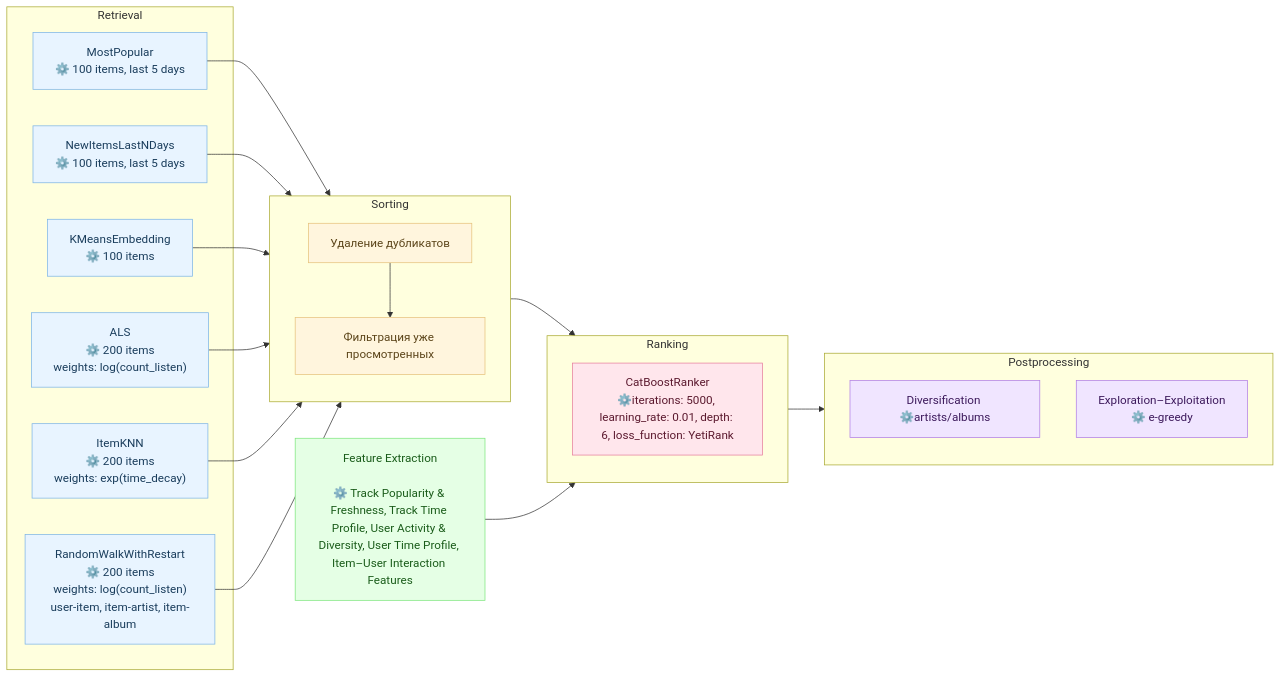
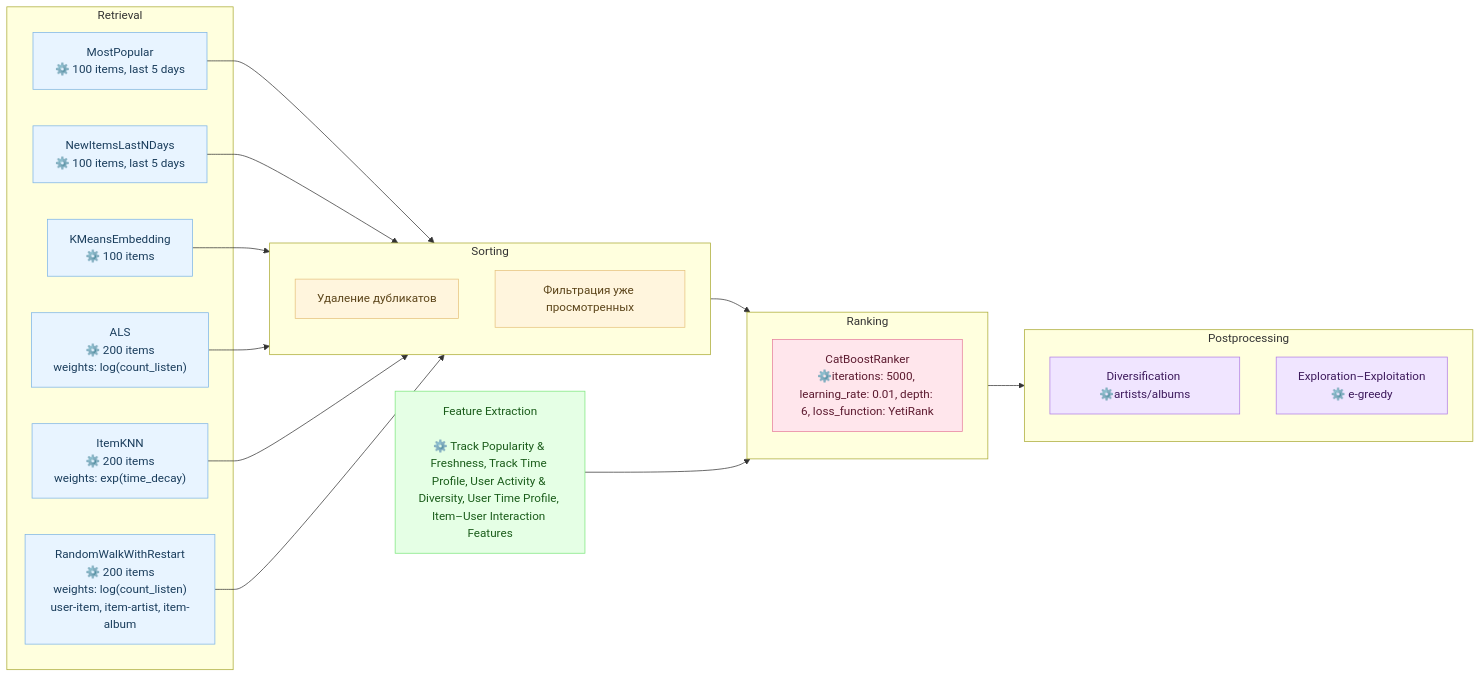
The second of 2 diagrams in README.md (Nastasy822/music-recommendation-experiments), drawn with Mermaid before and after one commit.

Commit message:
docs(readme): update diagram

````diff
--- a/README.md
+++ b/README.md
@@ -180,59 +180,59 @@
 ```mermaid
 flowchart LR
     %% === Retrieval Models ===
     subgraph RETRIEVAL ["Retrieval"]
         PopAll["MostPopular<br/>⚙️ 100 items, last 5 days"]
         PopUser["NewItemsLastNDays<br/>⚙️ 100 items, last 5 days"]
         SIM["KMeansEmbedding<br/>⚙️ 100 items"]
         ITEMKNN["ItemKNN<br/>⚙️ 200 items<br/>weights: exp(time_decay)"]
         GRAPH["RandomWalkWithRestart<br/>⚙️ 200 items<br/>weights: log(count_listen)<br/>user-item, item-artist, item-album"]
         ALS["ALS<br/>⚙️ 200 items<br/>weights: log(count_listen)"]
     end
 
     %% === Sorting Stage ===
     subgraph SORTING ["Sorting"]
         direction TB
         DUBLICATE["Удаление дубликатов"]
         FILTER["Фильтрация уже просмотренных"]
-        DUBLICATE --> FILTER
     end
 
     %% === Ranking Stage ===
     subgraph RANKING ["Ranking"]
         RANK["CatBoostRanker<br/>⚙️iterations: 5000, learning_rate: 0.01, depth: 6, loss_function: YetiRank"]
     end
 
     %% === Postprocessing Stage ===
     subgraph POSTPROCESS ["Postprocessing"]
+        direction TB
         ARTIST_FILTER["Diversification ⚙️artists/albums"]
         EXPLORATION["Exploration–Exploitation<br/> ⚙️ e-greedy"]
     end
 
     %% === Feature Extraction ===
     FEATS["Feature Extraction<br><br>⚙️ Track Popularity & Freshness, Track Time Profile, User Activity & Diversity, User Time Profile, Item–User Interaction Features"]
 
     %% === Data Flows ===
     PopAll --> SORTING
     PopUser --> SORTING
     SIM --> SORTING
     ALS --> SORTING
     ITEMKNN --> SORTING
     GRAPH --> SORTING
     SORTING --> RANKING
     FEATS --> RANKING
     RANKING --> POSTPROCESS
 
     %% === Styles ===
     classDef retrieval fill:#e8f4ff,stroke:#7db4e6,color:#1a3d5c;
     classDef sorting fill:#fff5dd,stroke:#e6c27d,color:#5c451a;
     classDef ranking fill:#ffe6ec,stroke:#e67d9c,color:#5c1a2f;
     classDef postprocess fill:#f0e5ff,stroke:#b07de6,color:#3d1a5c;
     classDef features fill:#e5ffe5,stroke:#7de67d,color:#1a5c1a;
 
     class PopAll,PopUser,SIM,ALS,ITEMKNN,GRAPH retrieval;
     class FILTER,DUBLICATE sorting;
     class RANK ranking;
     class ARTIST_FILTER,EXPLORATION postprocess;
     class FEATS features;
 
 ```
````
